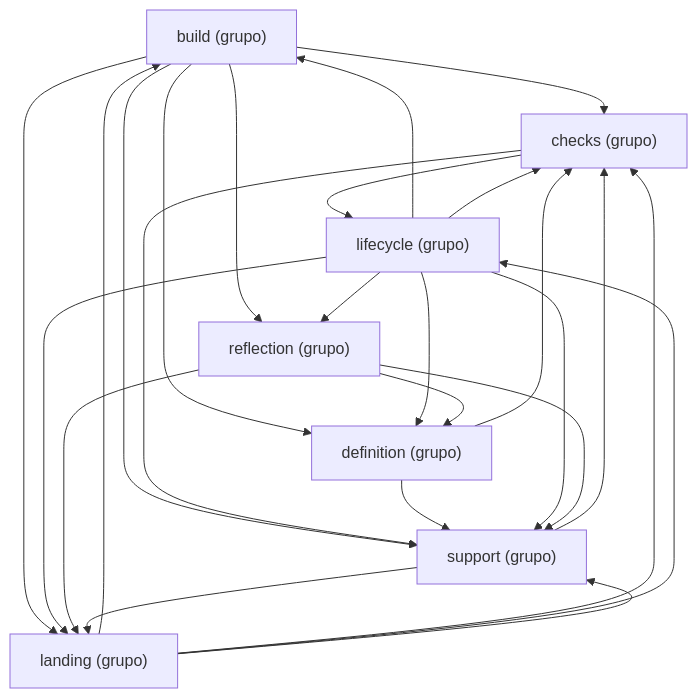
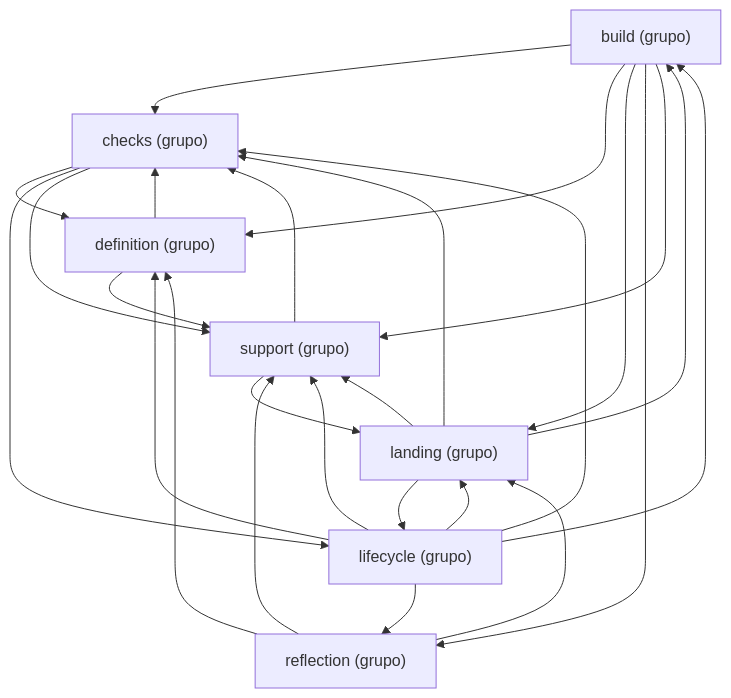
The diagram in docs/architecture/generated/packages-process-application.md (GonzaloZevallos/agentic-system), drawn with Mermaid before and after one commit. The commit also changed 2 other files, not shown here.

Commit message:
Place application.verifiers in the checks cluster and regenerate the pages (GH-469)

````diff
--- a/docs/architecture/generated/packages-process-application.md
+++ b/docs/architecture/generated/packages-process-application.md
@@ -26,34 +26,35 @@
 ```mermaid
 graph TD
     g_application__build["build (grupo)"]
     g_application__checks["checks (grupo)"]
     g_application__definition["definition (grupo)"]
     g_application__landing["landing (grupo)"]
     g_application__lifecycle["lifecycle (grupo)"]
     g_application__reflection["reflection (grupo)"]
     g_application__support["support (grupo)"]
     g_application__build --> g_application__checks
     g_application__build --> g_application__definition
     g_application__build --> g_application__landing
     g_application__build --> g_application__reflection
     g_application__build --> g_application__support
+    g_application__checks --> g_application__definition
     g_application__checks --> g_application__lifecycle
     g_application__checks --> g_application__support
     g_application__definition --> g_application__checks
     g_application__definition --> g_application__support
     g_application__landing --> g_application__build
     g_application__landing --> g_application__checks
     g_application__landing --> g_application__lifecycle
     g_application__landing --> g_application__support
     g_application__lifecycle --> g_application__build
     g_application__lifecycle --> g_application__checks
     g_application__lifecycle --> g_application__definition
     g_application__lifecycle --> g_application__landing
     g_application__lifecycle --> g_application__reflection
     g_application__lifecycle --> g_application__support
     g_application__reflection --> g_application__definition
     g_application__reflection --> g_application__landing
     g_application__reflection --> g_application__support
     g_application__support --> g_application__checks
     g_application__support --> g_application__landing
 ```
````
